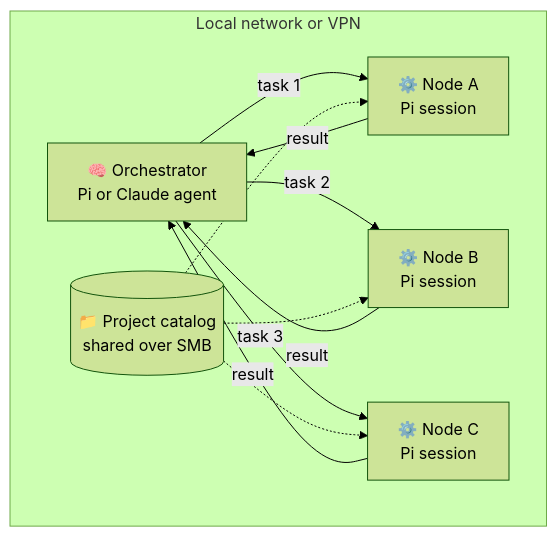
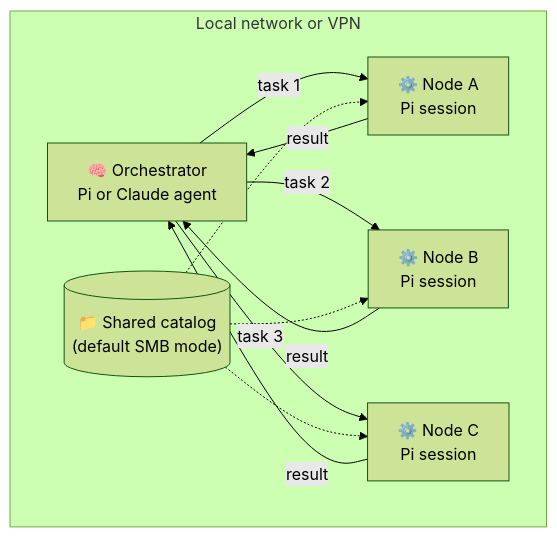
Before and after one commit to LeonardoX77/agent-swarm: the first of 5 diagrams in README.md, drawn with Mermaid (forest theme). The commit also changed other lines of this file and 22 other files, not shown here.

````diff
--- a/README.md
+++ b/README.md
@@ -29,20 +29,20 @@
 ```mermaid
 flowchart LR
     subgraph Net["Local network or VPN"]
         direction LR
         O["🧠 Orchestrator<br/>Pi or Claude agent"]
         N1["⚙️ Node A<br/>Pi session"]
         N2["⚙️ Node B<br/>Pi session"]
         N3["⚙️ Node C<br/>Pi session"]
-        C[("📁 Project catalog<br/>shared over SMB")]
+        C[("📁 Shared catalog<br/>(default SMB mode)")]
     end
     O -- "task 1" --> N1
     O -- "task 2" --> N2
     O -- "task 3" --> N3
     N1 -- "result" --> O
     N2 -- "result" --> O
     N3 -- "result" --> O
     C -.-> N1
     C -.-> N2
     C -.-> N3
 ```
````
